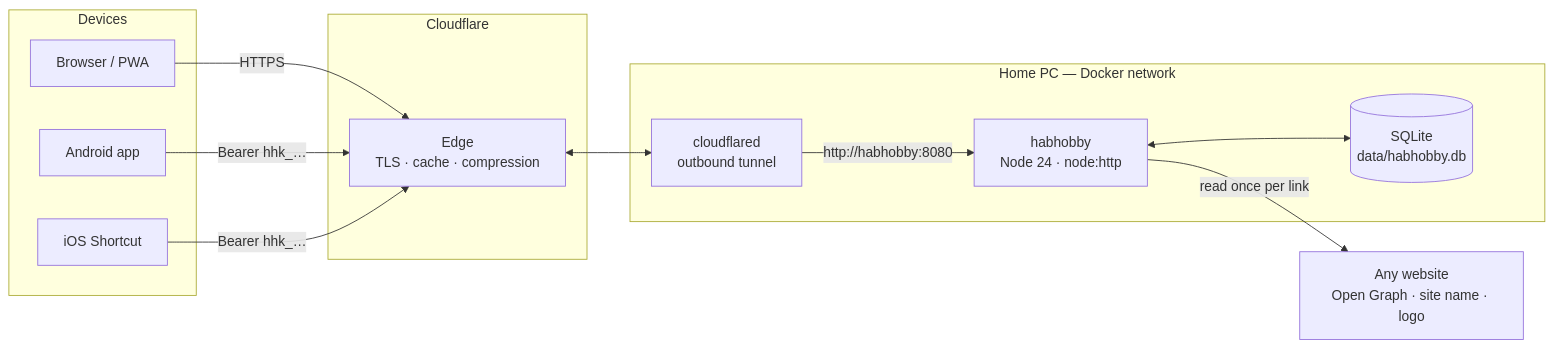
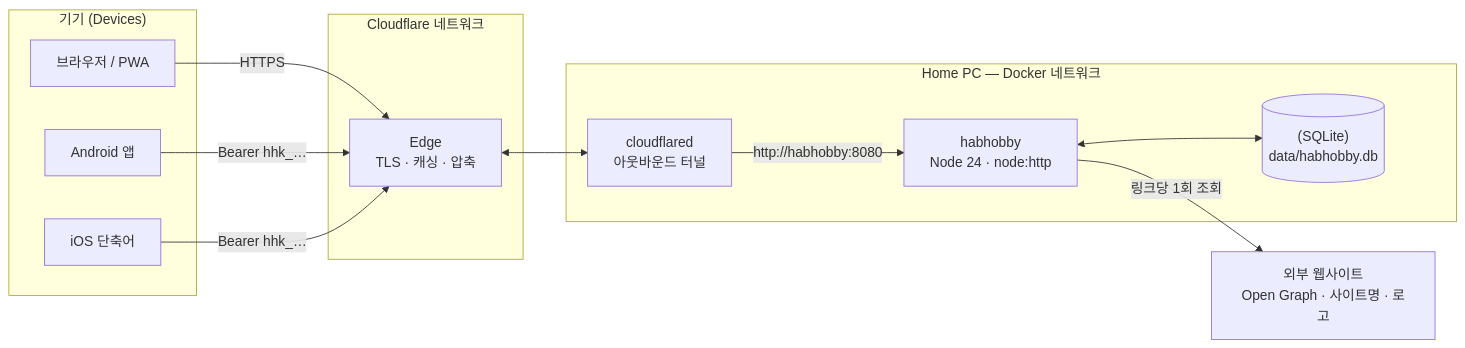
One commit to agii990114-ctrl/habhobby changed the first of 2 diagrams in README.md. Above: the diagram before and after it, drawn with Mermaid. The commit also changed other lines of this file, not shown here.

````diff
--- a/README.md
+++ b/README.md
@@ -133,25 +101,25 @@
 ```mermaid
 flowchart LR
-  subgraph Devices
-    B[Browser / PWA]
-    A[Android app]
-    I[iOS Shortcut]
+  subgraph Devices["기기 (Devices)"]
+    B["브라우저 / PWA"]
+    A["Android 앱"]
+    I["iOS 단축어"]
   end
-  subgraph Cloudflare
-    E[Edge<br/>TLS · cache · compression]
+  subgraph Cloudflare["Cloudflare 네트워크"]
+    E["Edge<br/>TLS · 캐싱 · 압축"]
   end
-  subgraph Home["Home PC — Docker network"]
-    T[cloudflared<br/>outbound tunnel]
-    N[habhobby<br/>Node 24 · node:http]
-    D[(SQLite<br/>data/habhobby.db)]
+  subgraph Home["Home PC — Docker 네트워크"]
+    T["cloudflared<br/>아웃바운드 터널"]
+    N["habhobby<br/>Node 24 · node:http"]
+    D[("(SQLite)<br/>data/habhobby.db")]
   end
-  P[Any website<br/>Open Graph · site name · logo]
+  P["외부 웹사이트<br/>Open Graph · 사이트명 · 로고"]
 
   B -- HTTPS --> E
   A -- "Bearer hhk_…" --> E
   I -- "Bearer hhk_…" --> E
   E <--> T
   T -- "http://habhobby:8080" --> N
   N <--> D
-  N -- "read once per link" --> P
+  N -- "링크당 1회 조회" --> P
 ```
````
